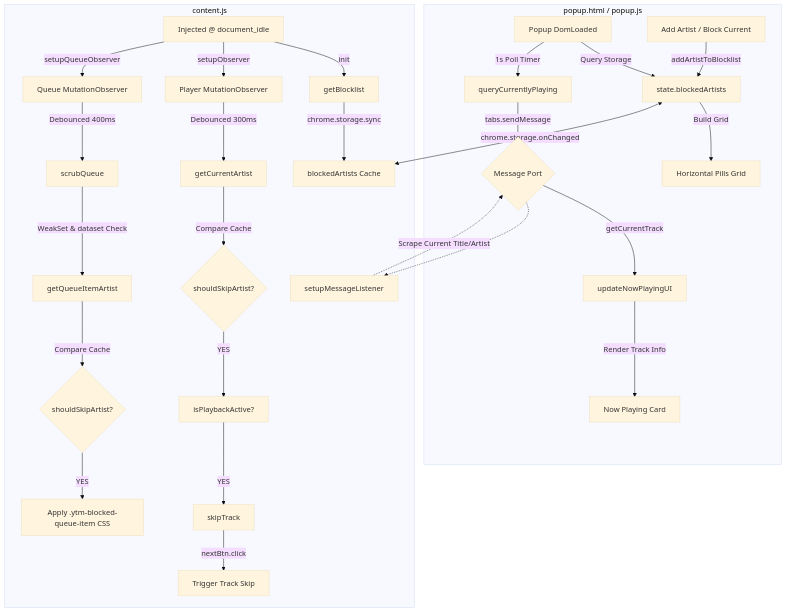
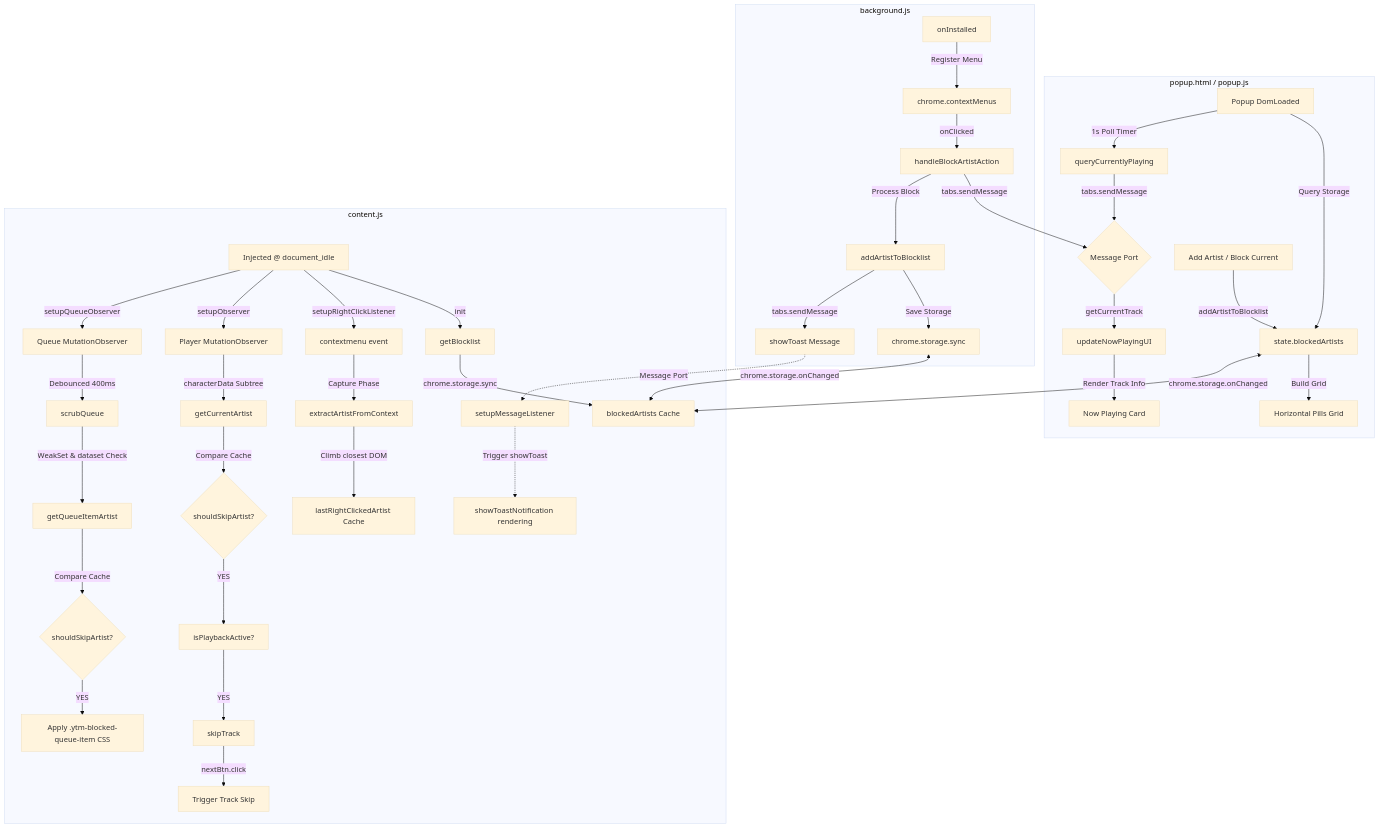
One commit to Labreo/ytm-block changed the diagram in README.md. Above: the diagram before and after it, drawn with Mermaid (base theme). The commit also changed other lines of this file and 4 other files, not shown here.

Commit message:
feat: implement right-click context menu blocking with dynamic glass toast notifications and service worker integration

````diff
--- a/README.md
+++ b/README.md
@@ -25,41 +30,57 @@
 ```mermaid
 graph TD
     %% Extension Popup Component
     subgraph Popup Context [popup.html / popup.js]
         A[Popup DomLoaded] -->|Query Storage| B[state.blockedArtists]
         B -->|Build Grid| C[Horizontal Pills Grid]
         A -->|1s Poll Timer| D[queryCurrentlyPlaying]
         D -->|tabs.sendMessage| E{Message Port}
         E -->|getCurrentTrack| F[updateNowPlayingUI]
         F -->|Render Track Info| G[Now Playing Card]
         H[Add Artist / Block Current] -->|addArtistToBlocklist| B
     end
 
-    %% Web Content Script Component
+    %% Service Worker Context
+    subgraph Background Service Worker [background.js]
+        SW_Init[onInstalled] -->|Register Menu| SW_Menu[chrome.contextMenus]
+        SW_Menu -->|onClicked| SW_Click[handleBlockArtistAction]
+        SW_Click -->|tabs.sendMessage| E
+        SW_Click -->|Process Block| SW_Save[addArtistToBlocklist]
+        SW_Save -->|Save Storage| SW_Sync[chrome.storage.sync]
+        SW_Save -->|tabs.sendMessage| SW_Toast[showToast Message]
+    end
+
+    %% Web Content Script Context
     subgraph Content Script Context [content.js]
         I[Injected @ document_idle] -->|init| J[getBlocklist]
         J -->|chrome.storage.sync| K[blockedArtists Cache]
         
+        %% Right-Click Context Cache
+        I -->|setupRightClickListener| RC_Listen[contextmenu event]
+        RC_Listen -->|Capture Phase| RC_Grab[extractArtistFromContext]
+        RC_Grab -->|Climb closest DOM| RC_Cache[lastRightClickedArtist Cache]
+        
         %% Player Observer Loop
         I -->|setupObserver| L[Player MutationObserver]
-        L -->|Debounced 300ms| M[getCurrentArtist]
+        L -->|characterData Subtree| M[getCurrentArtist]
         M -->|Compare Cache| N{shouldSkipArtist?}
         N -->|YES| O[isPlaybackActive?]
         O -->|YES| P[skipTrack]
         P -->|nextBtn.click| Q[Trigger Track Skip]
         
         %% Queue Observer Loop
         I -->|setupQueueObserver| R[Queue MutationObserver]
         R -->|Debounced 400ms| S[scrubQueue]
         S -->|WeakSet & dataset Check| T[getQueueItemArtist]
         T -->|Compare Cache| U{shouldSkipArtist?}
         U -->|YES| V[Apply .ytm-blocked-queue-item CSS]
         
-        %% Message Port
-        E -.-> W[setupMessageListener]
-        W -.->|Scrape Current Title/Artist| E
+        %% Toast notification renderer
+        SW_Toast -.->|Message Port| W[setupMessageListener]
+        W -.->|Trigger showToast| Toast_UI[showToastNotification rendering]
     end
 
-    %% Chrome Sync Bridge
+    %% Sync Bridge
     B <-->|chrome.storage.onChanged| K
+    SW_Sync <-->|chrome.storage.onChanged| K
 ```
````
